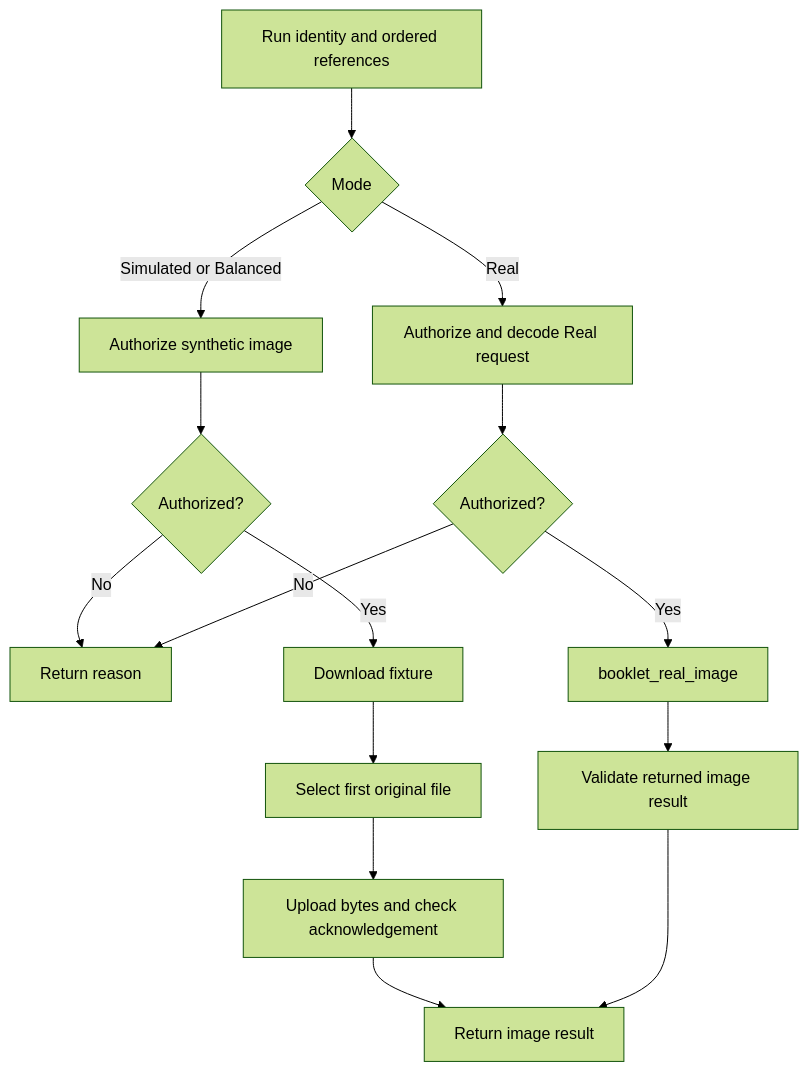
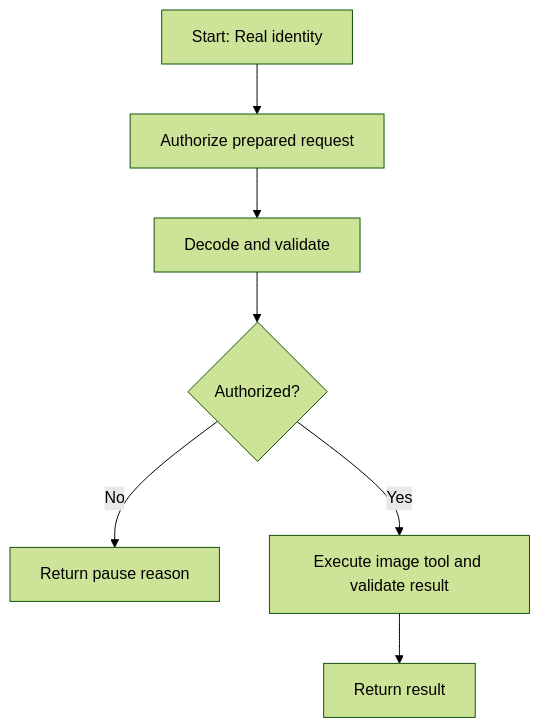
One commit to karpishe-experiments/agentic-poc changed the diagram in docs/accepted/2026-09-27_dify-booklet-runner/workflow-package/workflows/issue65_m2_image_probe/README.md. Above: the diagram before and after it, drawn with Mermaid (forest theme). The commit also changed other lines of this file and 61 other files, not shown here.

````diff
--- a/docs/accepted/2026-09-27_dify-booklet-runner/workflow-package/workflows/issue65_m2_image_probe/README.md
+++ b/docs/accepted/2026-09-27_dify-booklet-runner/workflow-package/workflows/issue65_m2_image_probe/README.md
@@ -57,17 +51,9 @@
 ```mermaid
 flowchart TD
-  start[Run identity and ordered references] --> mode{Mode}
-  mode -->|Simulated or Balanced| auth[Authorize synthetic image]
-  auth --> gate{Authorized?}
-  gate -->|No| pause[Return reason]
-  gate -->|Yes| fixture[Download fixture]
-  fixture --> file[Select first original file]
-  file --> upload[Upload bytes and check acknowledgement]
-  upload --> done[Return image result]
-  mode -->|Real| real[Authorize and decode Real request]
-  real --> rg{Authorized?}
-  rg -->|No| pause
-  rg -->|Yes| tool[booklet_real_image]
-  tool --> check[Validate returned image result]
-  check --> done
+  S[Start: Real identity] --> A[Authorize prepared request]
+  A --> D[Decode and validate]
+  D --> G{Authorized?}
+  G -->|No| P[Return pause reason]
+  G -->|Yes| E[Execute image tool and validate result]
+  E --> R[Return result]
 ```
````
